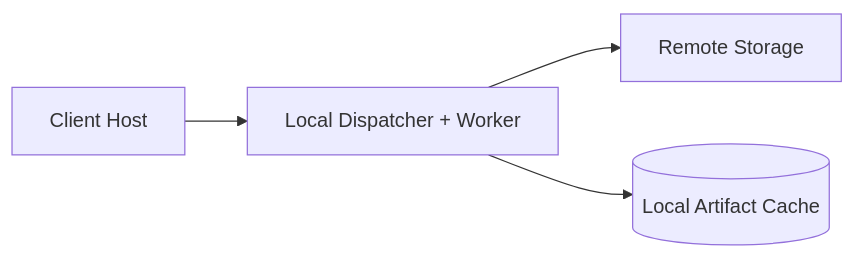
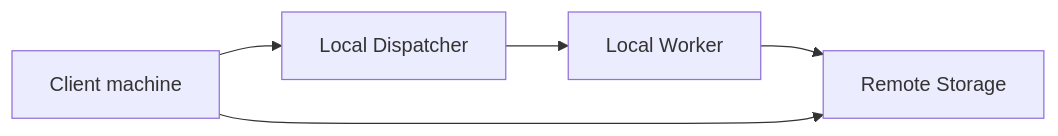
One commit to RESBI/StockStatistic changed the seventh of 10 diagrams in V31design/designV31/DESIGN_ARCH_V31.md. Above: the diagram before and after it, drawn with Mermaid. The commit also changed other lines of this file and 18 other files, not shown here.

Commit message:
V3.1 docs: finalize architecture and delivery plan

````diff
--- a/V31design/designV31/DESIGN_ARCH_V31.md
+++ b/V31design/designV31/DESIGN_ARCH_V31.md
@@ -434,6 +374,7 @@
 ```mermaid
-graph LR
-    U[Client Host] --> LD[Local Dispatcher + Worker]
-    LD --> RS[Remote Storage]
-    LD --> LF[(Local Artifact Cache)]
+flowchart LR
+    U[Client machine] --> D[Local Dispatcher]
+    D --> W[Local Worker]
+    W --> S[Remote Storage]
+    U --> S
 ```
````
